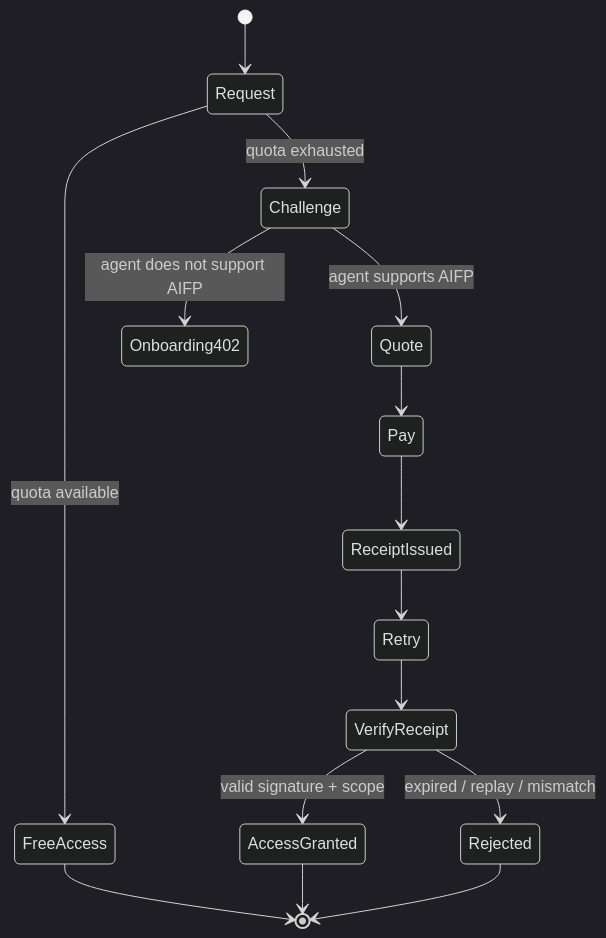
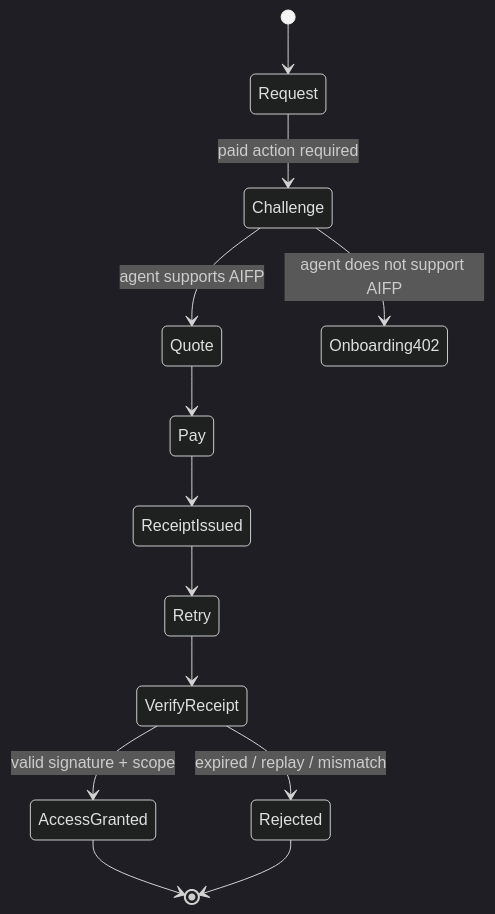
The third of 4 diagrams in README.md (AiFinPay/Protocol-AIFP-1), drawn with Mermaid (dark theme) before and after one commit. The commit also changed other lines of this file, not shown here.

````diff
--- a/README.md
+++ b/README.md
@@ -155,17 +155,15 @@
 ```mermaid
 stateDiagram-v2
     [*] --> Request
-    Request --> FreeAccess: quota available
-    Request --> Challenge: quota exhausted
+    Request --> Challenge: paid action required
     Challenge --> Quote: agent supports AIFP
     Challenge --> Onboarding402: agent does not support AIFP
     Quote --> Pay
     Pay --> ReceiptIssued
     ReceiptIssued --> Retry
     Retry --> VerifyReceipt
     VerifyReceipt --> AccessGranted: valid signature + scope
     VerifyReceipt --> Rejected: expired / replay / mismatch
-    FreeAccess --> [*]
     AccessGranted --> [*]
     Rejected --> [*]
 ```
````
